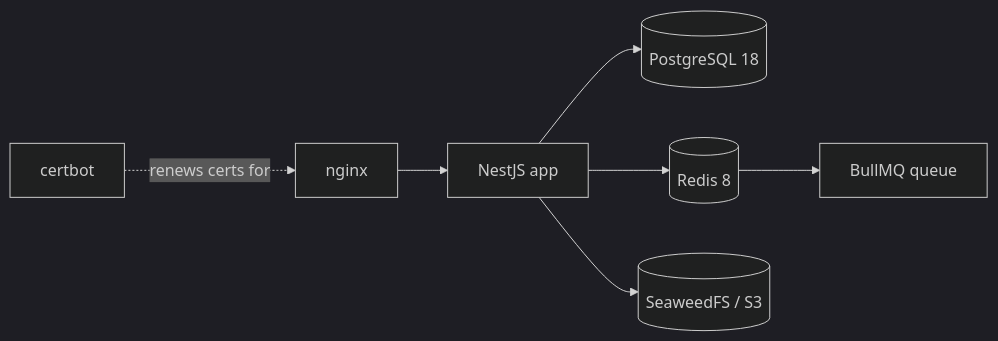
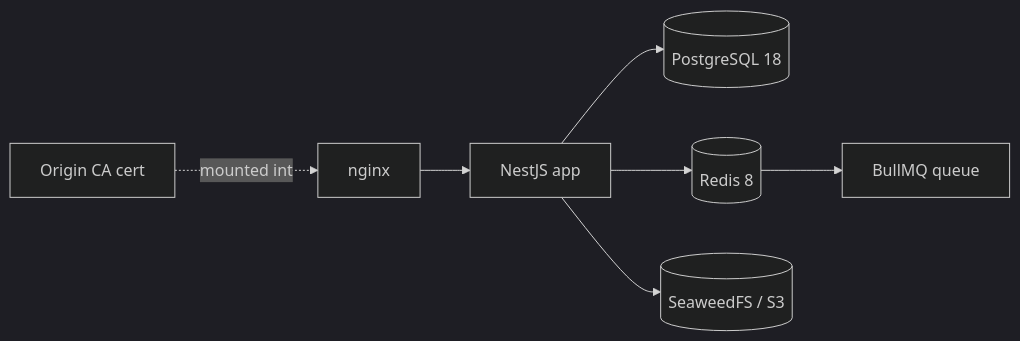
One commit to tareq89/biddaloy changed the second of 4 diagrams in docs/architecture/10-third-party-services.md. Above: the diagram before and after it, drawn with Mermaid (dark theme). The commit also changed other lines of this file and 11 other files, not shown here.

````diff
--- a/docs/architecture/10-third-party-services.md
+++ b/docs/architecture/10-third-party-services.md
@@ -30,9 +30,9 @@
 ```mermaid
 flowchart LR
     app[NestJS app] --> db[(PostgreSQL 18)]
     app --> redis[(Redis 8)]
     app --> seaweedfs[(SeaweedFS / S3)]
     redis --> bullmq[BullMQ queue]
     nginx[nginx] --> app
-    certbot[certbot] -.renews certs for.-> nginx
+    origin[Origin CA cert] -.mounted into.-> nginx
 ```
````
